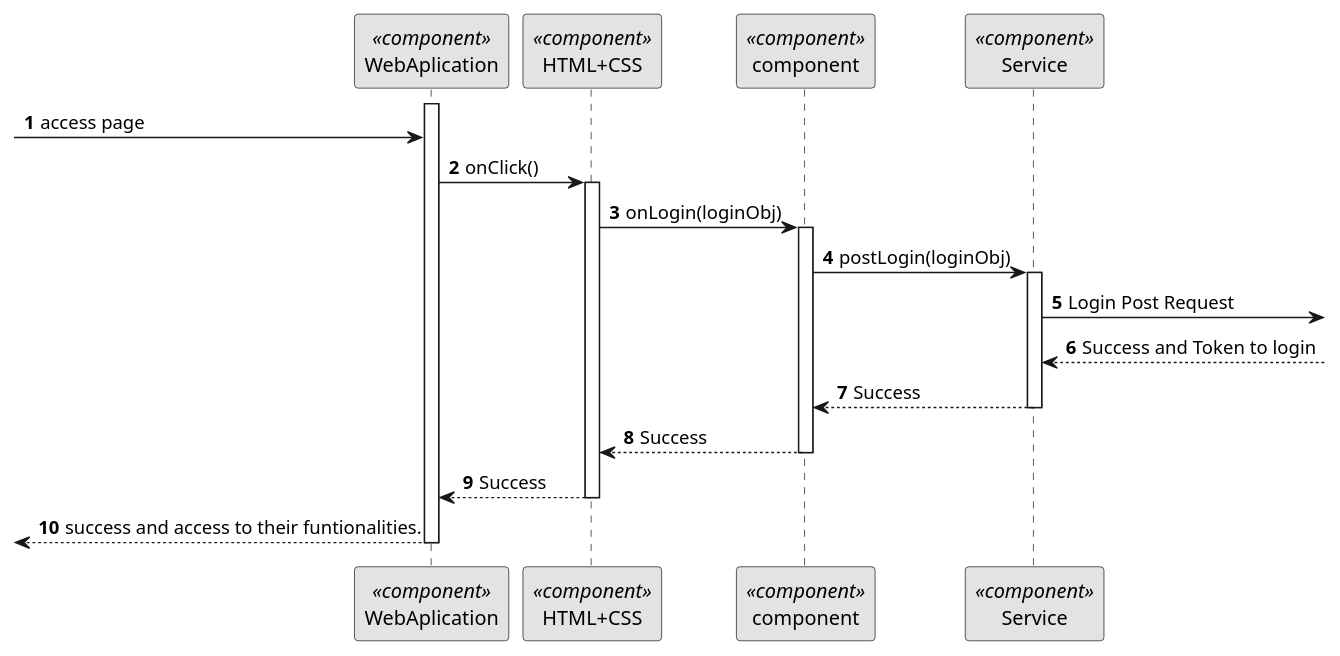
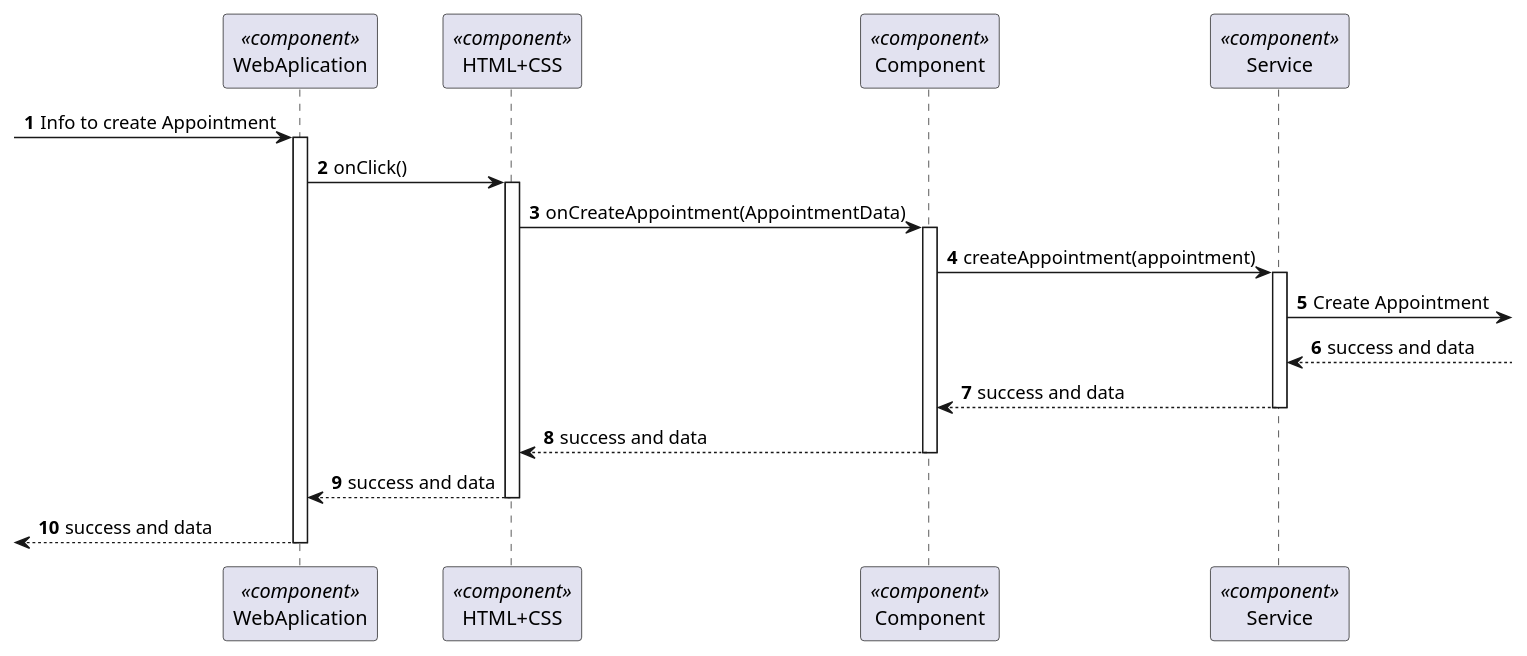
One commit to Ana-Miguel-Silva/SurgicalAppointmentAndResourceManagement changed the diagram in docs/BackofficeModule/7.2.8/sequence-diagram-3.puml. Above: the diagram before and after it, drawn with PlantUML. The commit also changed 36 other files, not shown here.

```diff
--- a/docs/BackofficeModule/7.2.8/sequence-diagram-3.puml
+++ b/docs/BackofficeModule/7.2.8/sequence-diagram-3.puml
@@ -1,54 +1,47 @@
-@startuml 5.1.1
-skinparam monochrome true
+@startuml 6.2.6
 skinparam packageStyle rectangle
 skinparam shadowing false
 
 autonumber
 
 participant "WebAplication" as FE <<component>>
 participant "HTML+CSS" as HT <<component>>
-participant "component" as CM <<component>>
+participant "Component" as CM <<component>>
 participant "Service" as SERV <<component>>
-
-
-activate FE
--> FE: access page
-
-FE -> HT : onClick()
-activate HT
-
-
-HT -> CM : onLogin(loginObj)
-
-activate CM
-
-CM -> SERV : postLogin(loginObj)
-
- activate SERV
-
-  SERV -> : Login Post Request
-
- SERV <-- : Success and Token to login
-
-SERV --> CM : Success
-
-
-deactivate SERV
-
-CM --> HT : Success
-deactivate CM
-
-
-
-HT --> FE : Success
-deactivate HT
-
-<--- FE : success and access to their funtionalities.
-
-deactivate FE
 
 
 
 
 
+-> FE : Info to create Appointment
+activate FE
+
+FE -> HT : onClick()
+activate HT
+
+HT -> CM : onCreateAppointment(AppointmentData)
+activate CM
+
+CM -> SERV : createAppointment(appointment)
+activate SERV
+
+SERV -> : Create Appointment
+
+ SERV <--: success and data
+
+
+ SERV--> CM : success and data
+
+deactivate  SERV
+
+ CM --> HT : success and data
+  deactivate CM
+ HT --> FE : success and data
+
+deactivate HT
+
+
+<-- FE   : success and data
+deactivate FE
+
 @enduml
```
